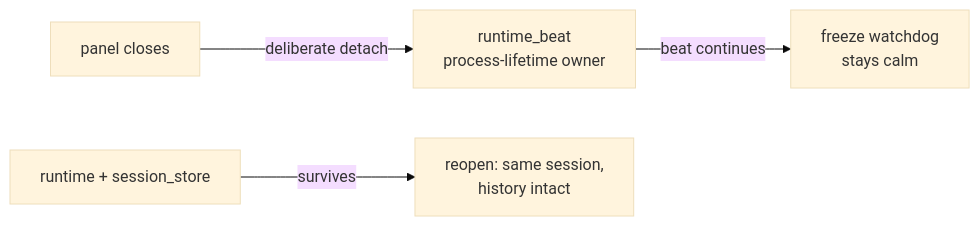
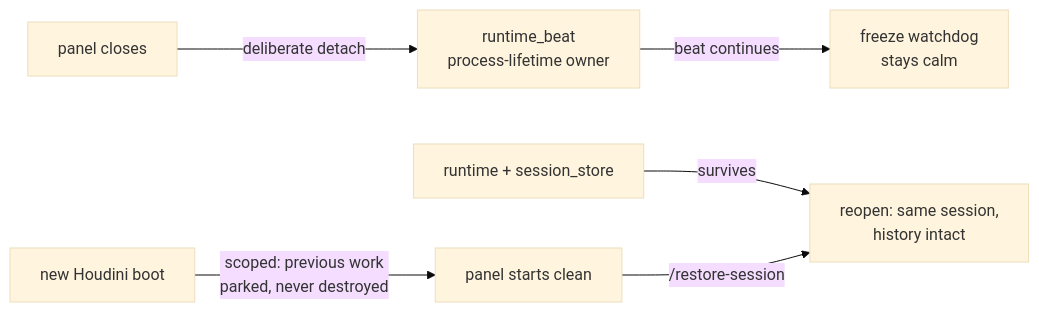
Before and after one commit to JosephOIbrahim/Synapse: the second of 7 diagrams in README.md, drawn with Mermaid (base theme). The commit also changed other lines of this file and 2 other files, not shown here.

Commit message:
docs(mermaid): lifecycle diagram gains SESSCOPE boot-scope, harness diagram gains close-gate edge; prompts regenerated clean; morning ops kit in-tree

````diff
--- a/README.md
+++ b/README.md
@@ -37,6 +38,8 @@
 ```mermaid
 flowchart LR
     P[panel closes] -->|deliberate detach| B[runtime_beat<br>process-lifetime owner]
     B -->|beat continues| F[freeze watchdog<br>stays calm]
     S[runtime + session_store] -->|survives| R[reopen: same session,<br>history intact]
+    NB[new Houdini boot] -->|scoped: previous work<br>parked, never destroyed| CL[panel starts clean]
+    CL -->|/restore-session| R
 ```
````
